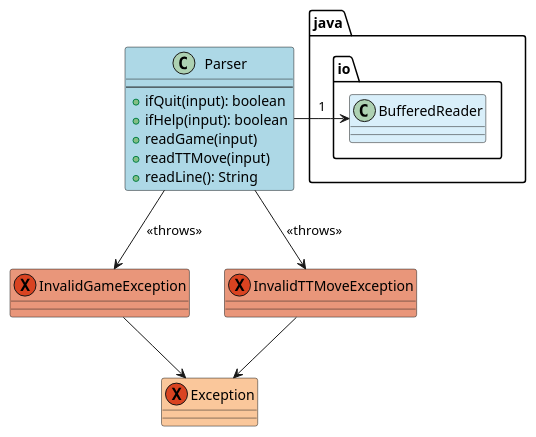
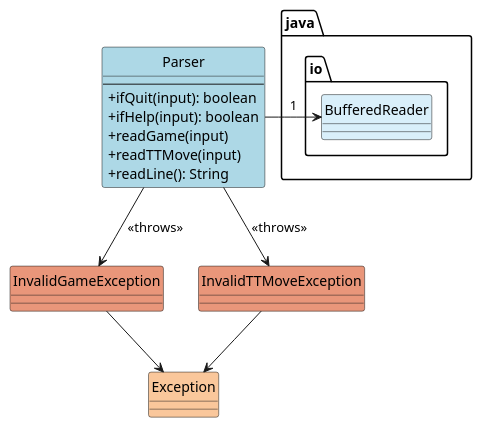
The diagram in docs/diagrams/ParserClassDiagram.puml (nigelheng/tp), drawn with PlantUML before and after one commit. The commit also changed 2 other files, not shown here.

Commit message:
fixes class diagrams for parser

```diff
--- a/docs/diagrams/ParserClassDiagram.puml
+++ b/docs/diagrams/ParserClassDiagram.puml
@@ -1,33 +1,39 @@
 @startuml
 exception Exception #fac79b {
 }
 
 exception InvalidTTMoveException #DarkSalmon {
 }
 
 exception InvalidGameException #DarkSalmon {
 }
 
 InvalidTTMoveException --> Exception
 InvalidGameException --> Exception
 
+skinparam classAttributeIconSize 0
 class Parser #LightBlue {
   --
   +ifQuit(input): boolean
   +ifHelp(input): boolean
   +readGame(input)
   +readTTMove(input)
   +readLine(): String
 }
 
 class java.io.BufferedReader #d9effa {
 }
 
 Parser --> BufferedReader: 1
 Parser --> InvalidTTMoveException: <<throws>>
 Parser --> InvalidGameException: <<throws>>
 
 BufferedReader -right[hidden]- Parser
 InvalidGameException -right[hidden]- InvalidTTMoveException
 
+hide Parser circle
+hide InvalidTTMoveException circle
+hide InvalidGameException circle
+hide BufferedReader circle
+hide Exception circle
 @enduml
```
